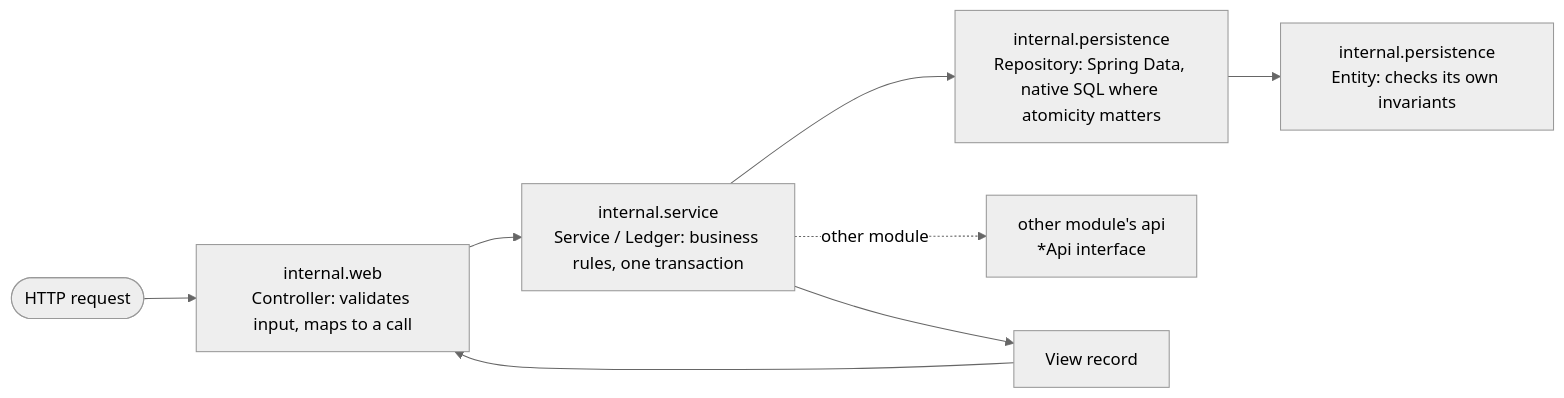
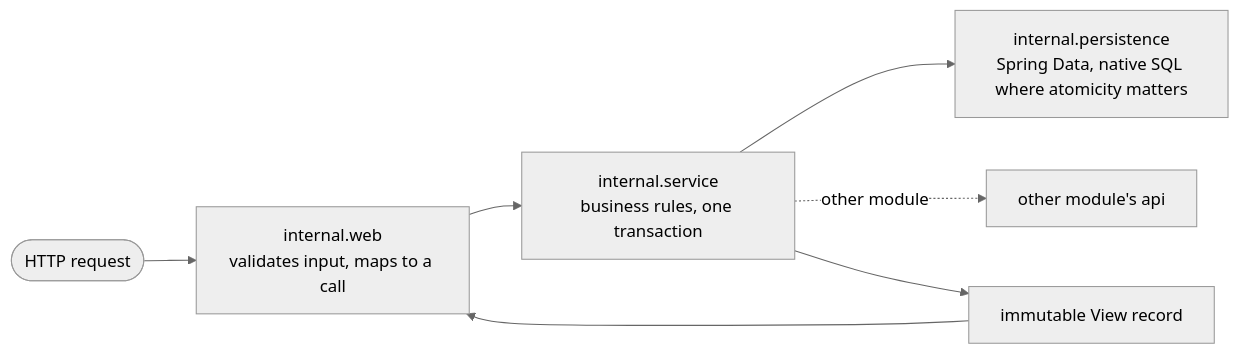
The third of 3 diagrams in docs/architecture/overview.md (kyledelfin2006/ausan-poultry-system), drawn with Mermaid (neutral theme) before and after one commit. The commit also changed other lines of this file and 18 other files, not shown here.

Commit message:
Consolidate architecture docs, decisions and product description

````diff
--- a/docs/architecture/overview.md
+++ b/docs/architecture/overview.md
@@ -113,10 +82,9 @@
 ```mermaid
 flowchart LR
-    http([HTTP request]) --> controller["internal.web<br/>Controller: validates input, maps to a call"]
-    controller --> service["internal.service<br/>Service / Ledger: business rules, one transaction"]
-    service --> repo["internal.persistence<br/>Repository: Spring Data, native SQL where atomicity matters"]
-    repo --> entity["internal.persistence<br/>Entity: checks its own invariants"]
-    service -. "other module" .-> api["other module's api<br/>*Api interface"]
-    service --> view["View record"]
+    http([HTTP request]) --> controller["internal.web<br/>validates input, maps to a call"]
+    controller --> service["internal.service<br/>business rules, one transaction"]
+    service --> repo["internal.persistence<br/>Spring Data, native SQL where atomicity matters"]
+    service -. "other module" .-> api["other module's api"]
+    service --> view["immutable View record"]
     view --> controller
 ```
````
